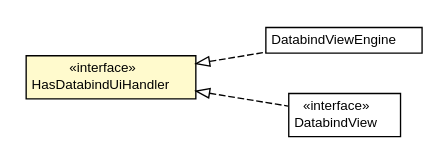
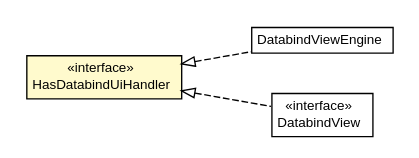
One commit to growbit/turbogwt-databind changed the diagram in javadoc/apidocs/org/turbogwt/mvp/databind/client/HasDatabindUiHandler.dot. Above: the diagram before and after it, drawn with Graphviz. The commit also changed 171 other files, not shown here.

```diff
--- a/javadoc/apidocs/org/turbogwt/mvp/databind/client/HasDatabindUiHandler.dot
+++ b/javadoc/apidocs/org/turbogwt/mvp/databind/client/HasDatabindUiHandler.dot
@@ -1,37 +1,37 @@
 #!/usr/local/bin/dot
 #
 # Class diagram 
 # Generated by UMLGraph version R5_6-24-gf6e263 (http://www.umlgraph.org/)
 #
 
 digraph G {
-	edge [fontname="Helvetica",fontsize=10,labelfontname="Helvetica",labelfontsize=10];
-	node [fontname="Helvetica",fontsize=10,shape=plaintext];
+	edge [fontname="arial",fontsize=10,labelfontname="arial",labelfontsize=10];
+	node [fontname="arial",fontsize=10,shape=plaintext];
 	nodesep=0.25;
 	ranksep=0.5;
 	rankdir=LR;
-	// org.turbogwt.mvp.databind.client.DatabindViewEngine
-	c576 [label=<<table title="org.turbogwt.mvp.databind.client.DatabindViewEngine" border="0" cellborder="1" cellspacing="0" cellpadding="2" port="p" href="./DatabindViewEngine.html">
-		<tr><td><table border="0" cellspacing="0" cellpadding="1">
-<tr><td align="center" balign="center"> DatabindViewEngine </td></tr>
-		</table></td></tr>
-		</table>>, URL="./DatabindViewEngine.html", fontname="Helvetica", fontcolor="black", fontsize=10.0];
 	// org.turbogwt.mvp.databind.client.HasDatabindUiHandler
-	c580 [label=<<table title="org.turbogwt.mvp.databind.client.HasDatabindUiHandler" border="0" cellborder="1" cellspacing="0" cellpadding="2" port="p" bgcolor="lemonChiffon" href="./HasDatabindUiHandler.html">
+	c748 [label=<<table title="org.turbogwt.mvp.databind.client.HasDatabindUiHandler" border="0" cellborder="1" cellspacing="0" cellpadding="2" port="p" bgcolor="lemonChiffon" href="./HasDatabindUiHandler.html">
 		<tr><td><table border="0" cellspacing="0" cellpadding="1">
 <tr><td align="center" balign="center"> &#171;interface&#187; </td></tr>
 <tr><td align="center" balign="center"> HasDatabindUiHandler </td></tr>
 		</table></td></tr>
-		</table>>, URL="./HasDatabindUiHandler.html", fontname="Helvetica", fontcolor="black", fontsize=10.0];
+		</table>>, URL="./HasDatabindUiHandler.html", fontname="arial", fontcolor="black", fontsize=10.0];
+	// org.turbogwt.mvp.databind.client.DatabindViewEngine
+	c750 [label=<<table title="org.turbogwt.mvp.databind.client.DatabindViewEngine" border="0" cellborder="1" cellspacing="0" cellpadding="2" port="p" href="./DatabindViewEngine.html">
+		<tr><td><table border="0" cellspacing="0" cellpadding="1">
+<tr><td align="center" balign="center"> DatabindViewEngine </td></tr>
+		</table></td></tr>
+		</table>>, URL="./DatabindViewEngine.html", fontname="arial", fontcolor="black", fontsize=10.0];
 	// org.turbogwt.mvp.databind.client.DatabindView
-	c581 [label=<<table title="org.turbogwt.mvp.databind.client.DatabindView" border="0" cellborder="1" cellspacing="0" cellpadding="2" port="p" href="./DatabindView.html">
+	c753 [label=<<table title="org.turbogwt.mvp.databind.client.DatabindView" border="0" cellborder="1" cellspacing="0" cellpadding="2" port="p" href="./DatabindView.html">
 		<tr><td><table border="0" cellspacing="0" cellpadding="1">
 <tr><td align="center" balign="center"> &#171;interface&#187; </td></tr>
 <tr><td align="center" balign="center"> DatabindView </td></tr>
 		</table></td></tr>
-		</table>>, URL="./DatabindView.html", fontname="Helvetica", fontcolor="black", fontsize=10.0];
+		</table>>, URL="./DatabindView.html", fontname="arial", fontcolor="black", fontsize=10.0];
 	//org.turbogwt.mvp.databind.client.DatabindViewEngine implements org.turbogwt.mvp.databind.client.HasDatabindUiHandler
-	c580:p -> c576:p [dir=back,arrowtail=empty,style=dashed];
+	c748:p -> c750:p [dir=back,arrowtail=empty,style=dashed];
 	//org.turbogwt.mvp.databind.client.DatabindView implements org.turbogwt.mvp.databind.client.HasDatabindUiHandler
-	c580:p -> c581:p [dir=back,arrowtail=empty,style=dashed];
+	c748:p -> c753:p [dir=back,arrowtail=empty,style=dashed];
 }
```
